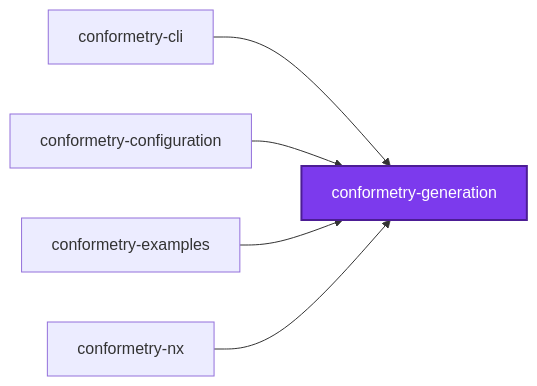
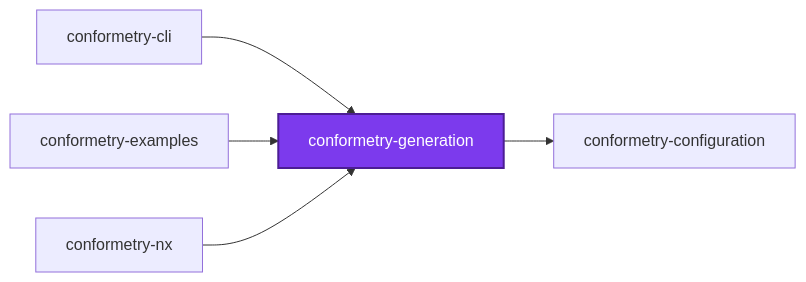
One commit to JimmyPaolini/codebase changed the first of 3 diagrams in packages/ic-suite/conformetry/conformetry-generation/README.md. Above: the diagram before and after it, drawn with Mermaid. The commit also changed other lines of this file and 164 other files, not shown here.

Commit message:
refactor(conformetry,configuration): ♻️ put conformetry on the ic-suite five-layer spine

````diff
--- a/packages/ic-suite/conformetry/conformetry-generation/README.md
+++ b/packages/ic-suite/conformetry/conformetry-generation/README.md
@@ -156,14 +151,14 @@
 ```mermaid
 graph LR
   conformetry_cli["conformetry-cli"]
   conformetry_configuration["conformetry-configuration"]
   conformetry_examples["conformetry-examples"]
   conformetry_generation["conformetry-generation"]
   conformetry_nx["conformetry-nx"]
   conformetry_cli --> conformetry_generation
-  conformetry_configuration --> conformetry_generation
   conformetry_examples --> conformetry_generation
+  conformetry_generation --> conformetry_configuration
   conformetry_nx --> conformetry_generation
   classDef subject fill:#7c3aed,color:#fff,stroke:#4c1d95,stroke-width:2px
   class conformetry_generation subject
 ```
````
